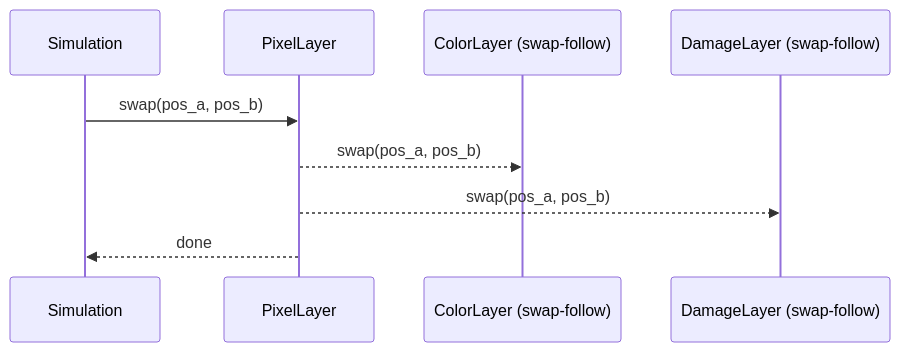
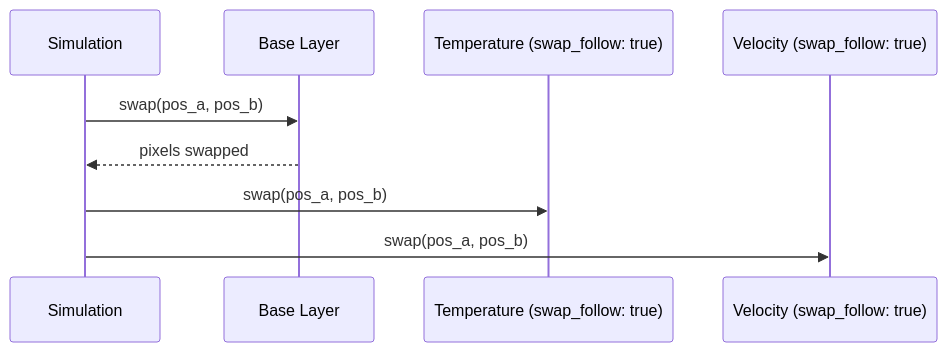
The fourth of 5 diagrams in docs/arhitecture/modularity/pixel-layers.md (api-haus/bevy_pixel_world), drawn with Mermaid before and after one commit. The commit also changed other lines of this file and 20 other files, not shown here.

````diff
--- a/docs/arhitecture/modularity/pixel-layers.md
+++ b/docs/arhitecture/modularity/pixel-layers.md
@@ -334,12 +316,12 @@
 ```mermaid
 sequenceDiagram
     participant Sim as Simulation
-    participant Pixel as PixelLayer
-    participant Color as ColorLayer (swap-follow)
-    participant Damage as DamageLayer (swap-follow)
+    participant Base as Base Layer
+    participant Temp as Temperature (swap_follow: true)
+    participant Vel as Velocity (swap_follow: true)
 
-    Sim->>Pixel: swap(pos_a, pos_b)
-    Pixel-->>Color: swap(pos_a, pos_b)
-    Pixel-->>Damage: swap(pos_a, pos_b)
-    Pixel-->>Sim: done
+    Sim->>Base: swap(pos_a, pos_b)
+    Base-->>Sim: pixels swapped
+    Sim->>Temp: swap(pos_a, pos_b)
+    Sim->>Vel: swap(pos_a, pos_b)
 ```
````
